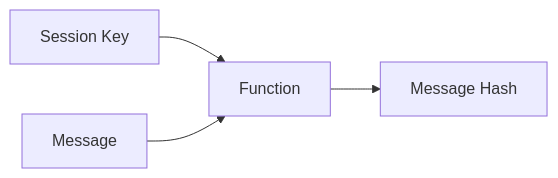
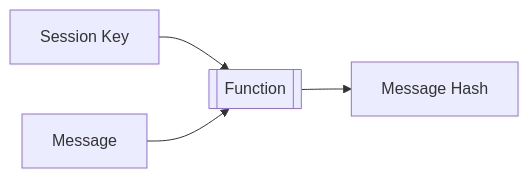
The diagram in assets/src/encrypt-message.mmd (mzyzc/echo), drawn with Mermaid before and after one commit. The commit also changed 3 other files, not shown here.

```diff
--- a/assets/src/encrypt-message.mmd
+++ b/assets/src/encrypt-message.mmd
@@ -1,4 +1,4 @@
 flowchart LR
-    K[Session Key] --> Function
-    Message --> Function
-    Function --> M[Message Hash]
+    K[Session Key] --> f[[Function]]
+    Message --> f
+    f --> M[Message Hash]
```
